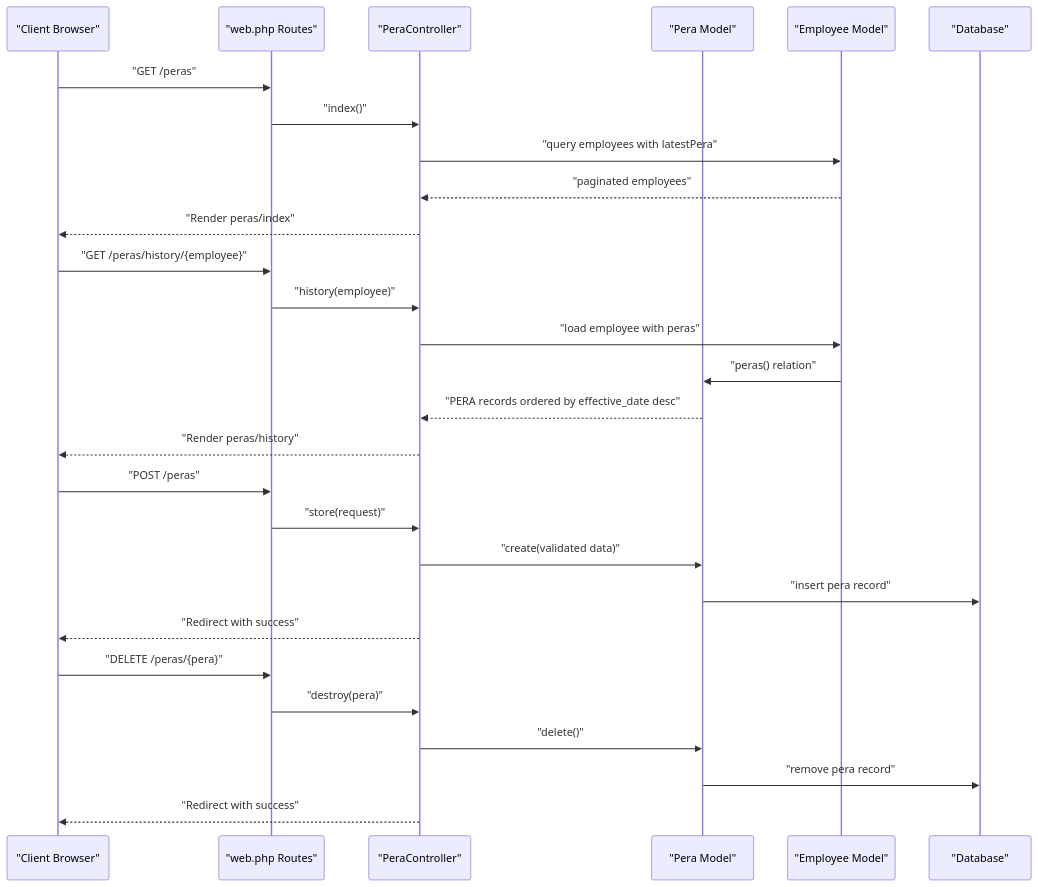
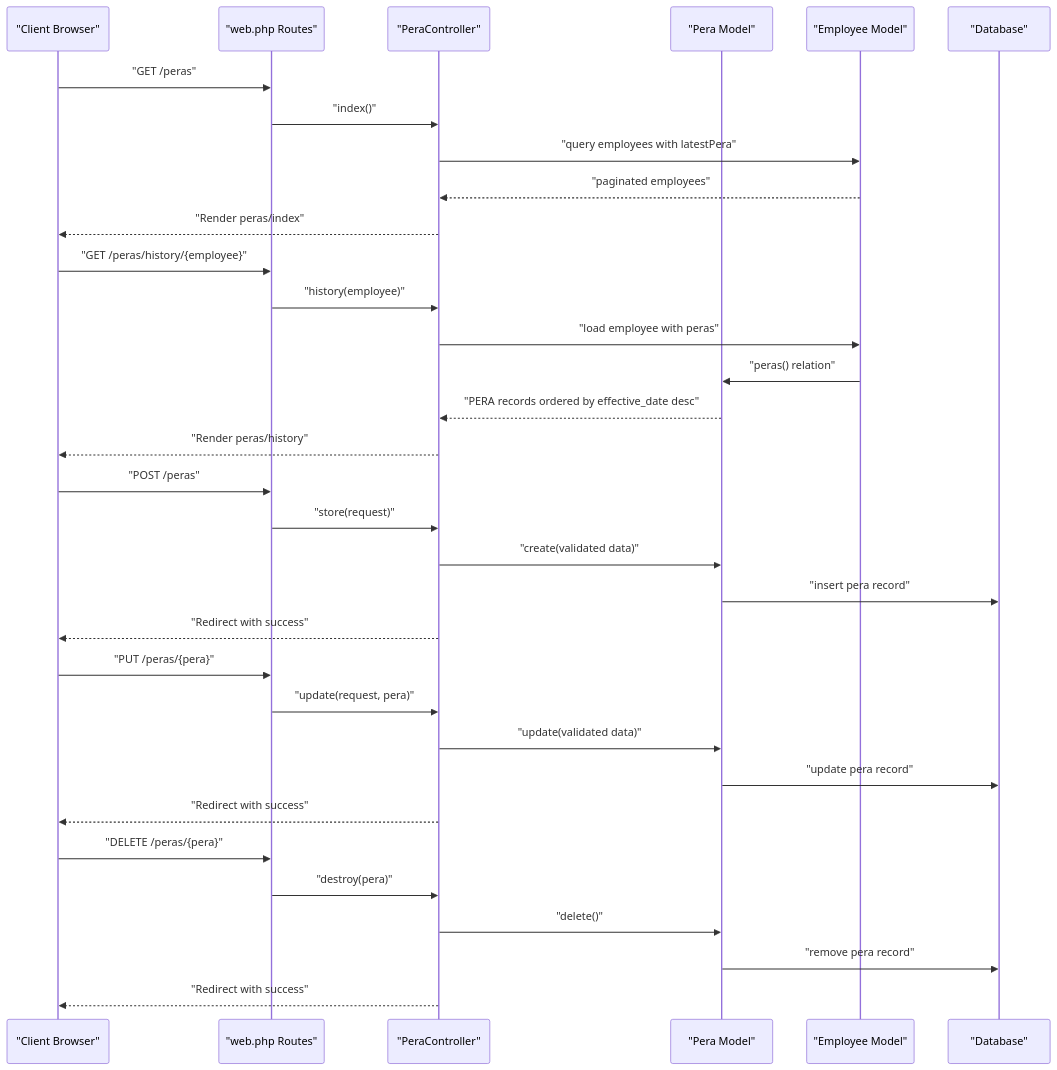
One commit to vincet0t15/template changed the second of 5 diagrams in .qoder/repowiki/en/content/API Documentation/Payroll Management API/PERA Contribution API.md. Above: the diagram before and after it, drawn with Mermaid. The commit also changed other lines of this file and 11 other files, not shown here.

````diff
--- a/.qoder/repowiki/en/content/API Documentation/Payroll Management API/PERA Contribution API.md
+++ b/.qoder/repowiki/en/content/API Documentation/Payroll Management API/PERA Contribution API.md
@@ -80,30 +94,35 @@
 ```mermaid
 sequenceDiagram
 participant Client as "Client Browser"
 participant Routes as "web.php Routes"
 participant Controller as "PeraController"
 participant Model as "Pera Model"
 participant Employee as "Employee Model"
 participant DB as "Database"
 Client->>Routes : "GET /peras"
 Routes->>Controller : "index()"
 Controller->>Employee : "query employees with latestPera"
 Employee-->>Controller : "paginated employees"
 Controller-->>Client : "Render peras/index"
 Client->>Routes : "GET /peras/history/{employee}"
 Routes->>Controller : "history(employee)"
 Controller->>Employee : "load employee with peras"
 Employee->>Model : "peras() relation"
 Model-->>Controller : "PERA records ordered by effective_date desc"
 Controller-->>Client : "Render peras/history"
 Client->>Routes : "POST /peras"
 Routes->>Controller : "store(request)"
 Controller->>Model : "create(validated data)"
 Model->>DB : "insert pera record"
 Controller-->>Client : "Redirect with success"
+Client->>Routes : "PUT /peras/{pera}"
+Routes->>Controller : "update(request, pera)"
+Controller->>Model : "update(validated data)"
+Model->>DB : "update pera record"
+Controller-->>Client : "Redirect with success"
 Client->>Routes : "DELETE /peras/{pera}"
 Routes->>Controller : "destroy(pera)"
 Controller->>Model : "delete()"
 Model->>DB : "remove pera record"
 Controller-->>Client : "Redirect with success"
 ```
````
